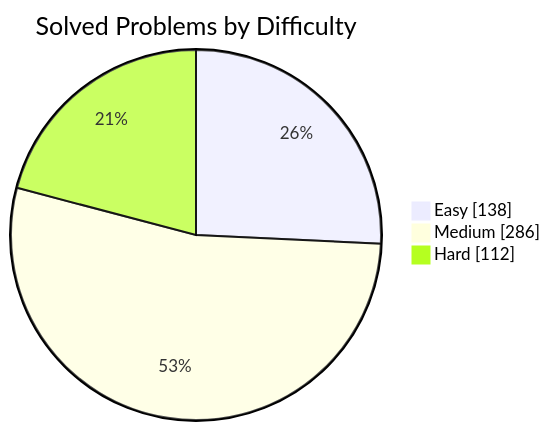
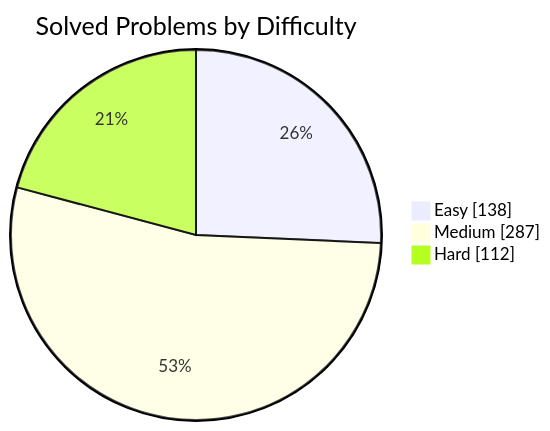
One commit to manikantbindass/DSA-Preparation-FAANG changed the first of 2 diagrams in README.md. Above: the diagram before and after it, drawn with Mermaid. The commit also changed other lines of this file and 1 other file, not shown here.

````diff
--- a/README.md
+++ b/README.md
@@ -79,7 +79,7 @@
 ```mermaid
 pie showData
     title Solved Problems by Difficulty
     "Easy" : 138
-    "Medium" : 286
+    "Medium" : 287
     "Hard" : 112
 ```
````
